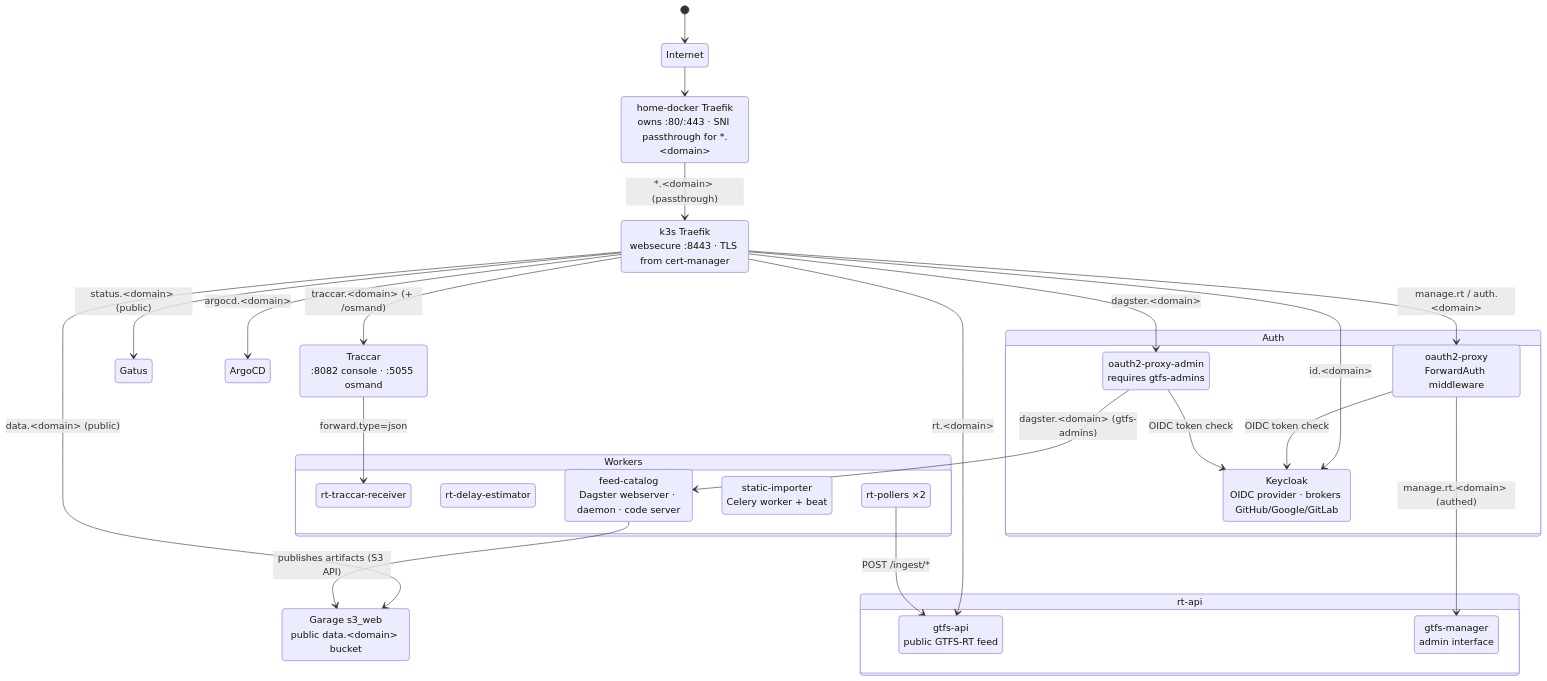
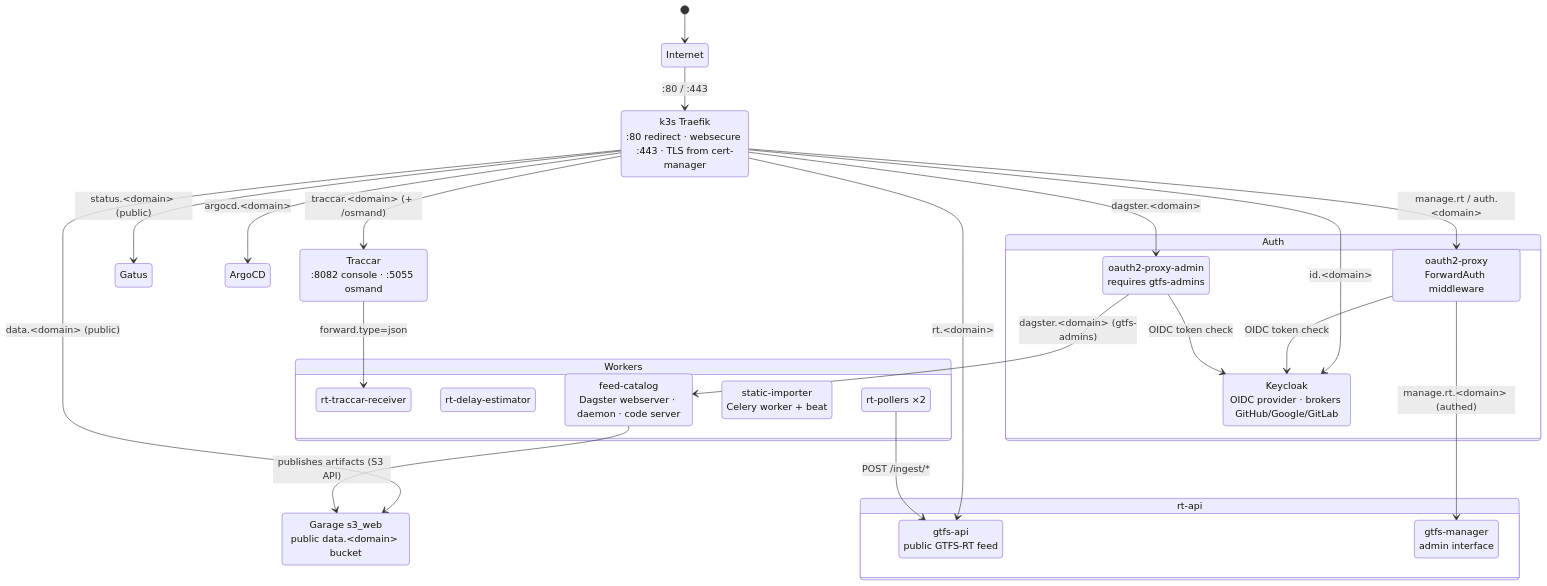
One commit to gtfs-zone/gtfs-zone-infra changed the fifth of 8 diagrams in README.md. Above: the diagram before and after it, drawn with Mermaid. The commit also changed other lines of this file and 3 other files, not shown here.

First line of the commit message:
feat(traefik): take over host 80 and 443 as the edge

````diff
--- a/README.md
+++ b/README.md
@@ -350,51 +349,49 @@
 ```mermaid
 stateDiagram-v2
     Internet : Internet
-    edge : home-docker Traefik<br>owns :80/:443 · SNI passthrough for *.&ltdomain&gt
-    tr : k3s Traefik<br>websecure :8443 · TLS from cert-manager
+    tr : k3s Traefik<br>:80 redirect · websecure :443 · TLS from cert-manager
     tc : Traccar<br>:8082 console · :5055 osmand
     gt : Gatus
     ag : ArgoCD
     gw : Garage s3_web<br>public data.&ltdomain&gt bucket
 
     state "Auth" as auth {
         op : oauth2-proxy<br>ForwardAuth middleware
         opa : oauth2-proxy-admin<br>requires gtfs-admins
         kc : Keycloak<br>OIDC provider · brokers GitHub/Google/GitLab
     }
 
     state "rt-api" as application {
         cp : gtfs-api<br>public GTFS-RT feed
         ca : gtfs-manager<br>admin interface
     }
 
     state "Workers" as workers {
         vp : rt-traccar-receiver
         tu : rt-delay-estimator
         hgb : rt-pollers ×2
         sf : static-importer<br>Celery worker + beat
         gc : feed-catalog<br>Dagster webserver · daemon · code server
     }
 
     [*] --> Internet
-    Internet --> edge
-    edge --> tr : *.&ltdomain&gt (passthrough)
+    Internet --> tr : :80 / :443
 
     tr --> cp : rt.&ltdomain&gt
     tr --> op : manage.rt / auth.&ltdomain&gt
     tr --> kc : id.&ltdomain&gt
     tr --> tc : traccar.&ltdomain&gt (+ /osmand)
     tr --> gt : status.&ltdomain&gt (public)
     tr --> ag : argocd.&ltdomain&gt
     tr --> gw : data.&ltdomain&gt (public)
     tr --> opa : dagster.&ltdomain&gt
 
     op --> ca : manage.rt.&ltdomain&gt (authed)
     op --> kc : OIDC token check
     opa --> gc : dagster.&ltdomain&gt (gtfs-admins)
     opa --> kc : OIDC token check
     gc --> gw : publishes artifacts (S3 API)
 
     tc --> vp : forward.type=json
     hgb --> cp : POST /ingest/*
 ```
````
